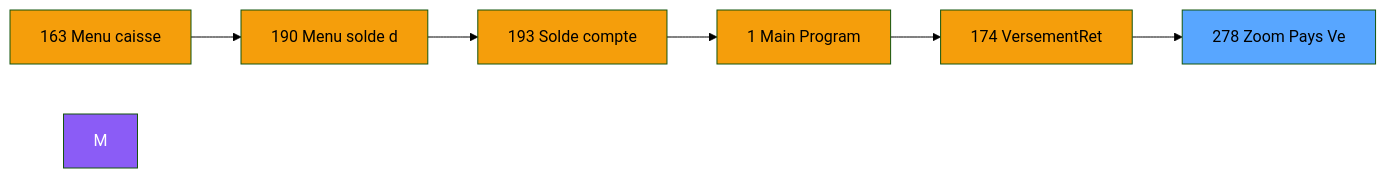
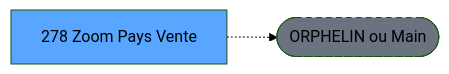
One commit to thonyAGP/lecteur-magic changed the second of 3 diagrams in .openspec/renders/ADH-IDE-278.md. Above: the diagram before and after it, drawn with Mermaid (forest theme). The commit also changed other lines of this file and 701 other files, not shown here.

````diff
--- a/.openspec/renders/ADH-IDE-278.md
+++ b/.openspec/renders/ADH-IDE-278.md
@@ -110,21 +117,8 @@
 ```mermaid
 graph LR
-    N163[163 Menu caisse ]
-    N190[190 Menu solde d]
-    N193[193 Solde compte]
-    N1[1 Main Program]
-    N174[174 VersementRet]
-    T[278 Zoom Pays Ve]
-    N163 --> N190
-    N190 --> N193
-    N193 --> N1
-    N1 --> N174
-    N174 --> T
-    style M fill:#8b5cf6,color:#fff
-    style N163 fill:#f59e0b
-    style N190 fill:#f59e0b
-    style N193 fill:#f59e0b
-    style N1 fill:#f59e0b
-    style N174 fill:#f59e0b
+    T[278 Zoom Pays Vente]
+    ORPHAN([ORPHELIN ou Main])
+    T -.-> ORPHAN
     style T fill:#58a6ff,color:#000
+    style ORPHAN fill:#6b7280,stroke-dasharray: 5 5
 ```
````
